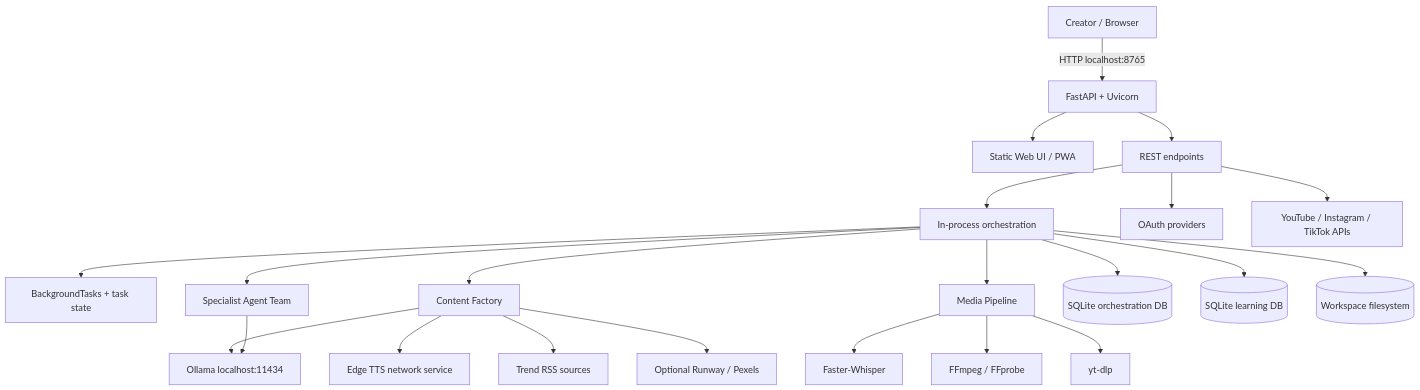
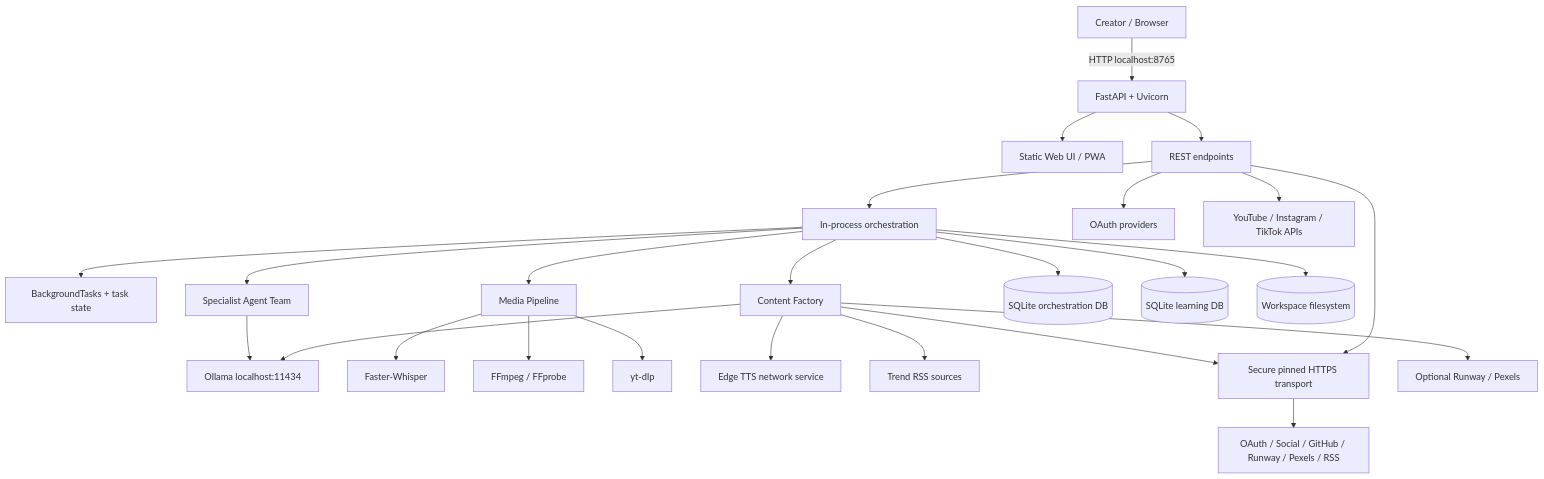
One commit to Myozan/YAMAN-VIRAL-STUDIO-PRO changed the first of 4 diagrams in docs/ENGINEERING-ARCHITECTURE.md. Above: the diagram before and after it, drawn with Mermaid. The commit also changed other lines of this file and 11 other files, not shown here.

Commit message:
feat: add QA 3.6 secure transport and multi-worker task consistency

````diff
--- a/docs/ENGINEERING-ARCHITECTURE.md
+++ b/docs/ENGINEERING-ARCHITECTURE.md
@@ -7,24 +7,27 @@
 ```mermaid
 flowchart TB
   U[Creator / Browser] -->|HTTP localhost:8765| F[FastAPI + Uvicorn]
   F --> UI[Static Web UI / PWA]
   F --> API[REST endpoints]
   API --> ORCH[In-process orchestration]
   ORCH --> TASKS[BackgroundTasks + task state]
   ORCH --> CONTENT[Content Factory]
   ORCH --> AGENTS[Specialist Agent Team]
   ORCH --> MEDIA[Media Pipeline]
   CONTENT --> OLLAMA[Ollama localhost:11434]
   AGENTS --> OLLAMA
   MEDIA --> WHISPER[Faster-Whisper]
   MEDIA --> FFMPEG[FFmpeg / FFprobe]
   MEDIA --> YTDLP[yt-dlp]
   CONTENT --> TTS[Edge TTS network service]
   CONTENT --> RSS[Trend RSS sources]
+  API --> HTTP[Secure pinned HTTPS transport]
+  CONTENT --> HTTP
+  HTTP --> REMOTE[OAuth / Social / GitHub / Runway / Pexels / RSS]
   ORCH --> SQLITE[(SQLite orchestration DB)]
   ORCH --> LEARN[(SQLite learning DB)]
   ORCH --> FS[(Workspace filesystem)]
   API --> OAUTH[OAuth providers]
   API --> SOCIAL[YouTube / Instagram / TikTok APIs]
   CONTENT --> VISUAL[Optional Runway / Pexels]
 ```
````
